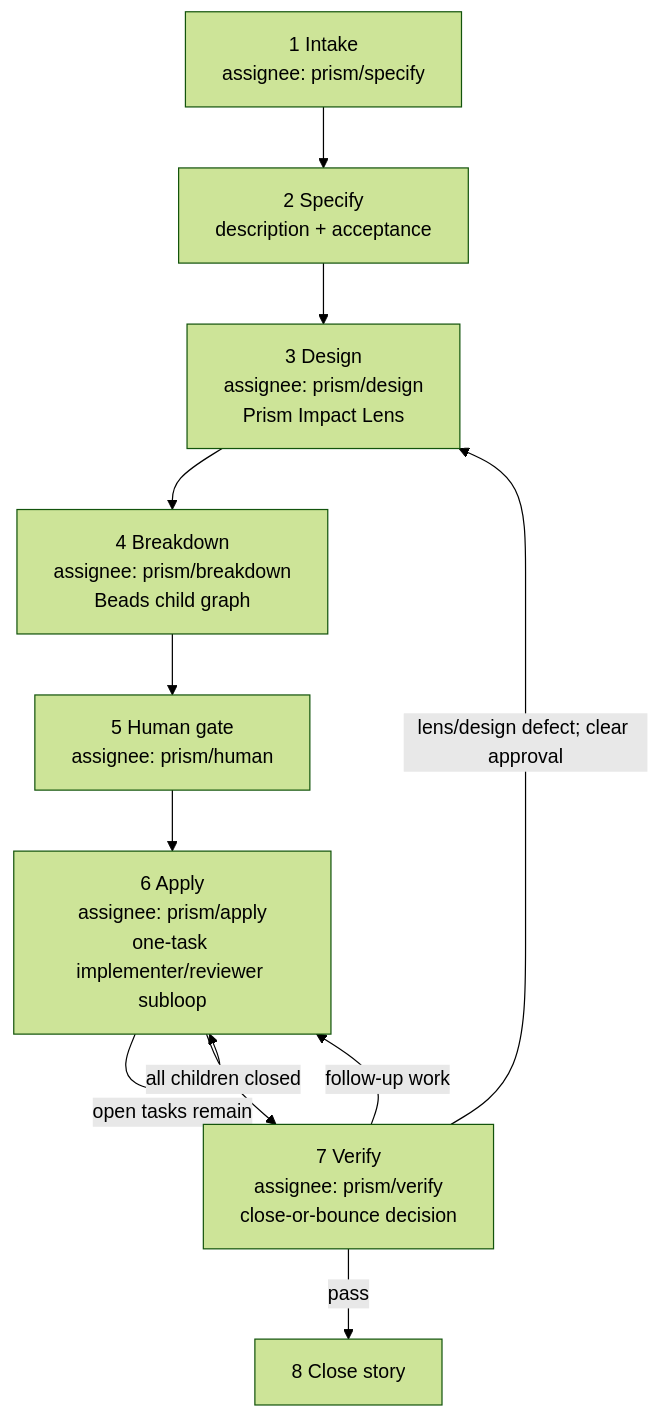
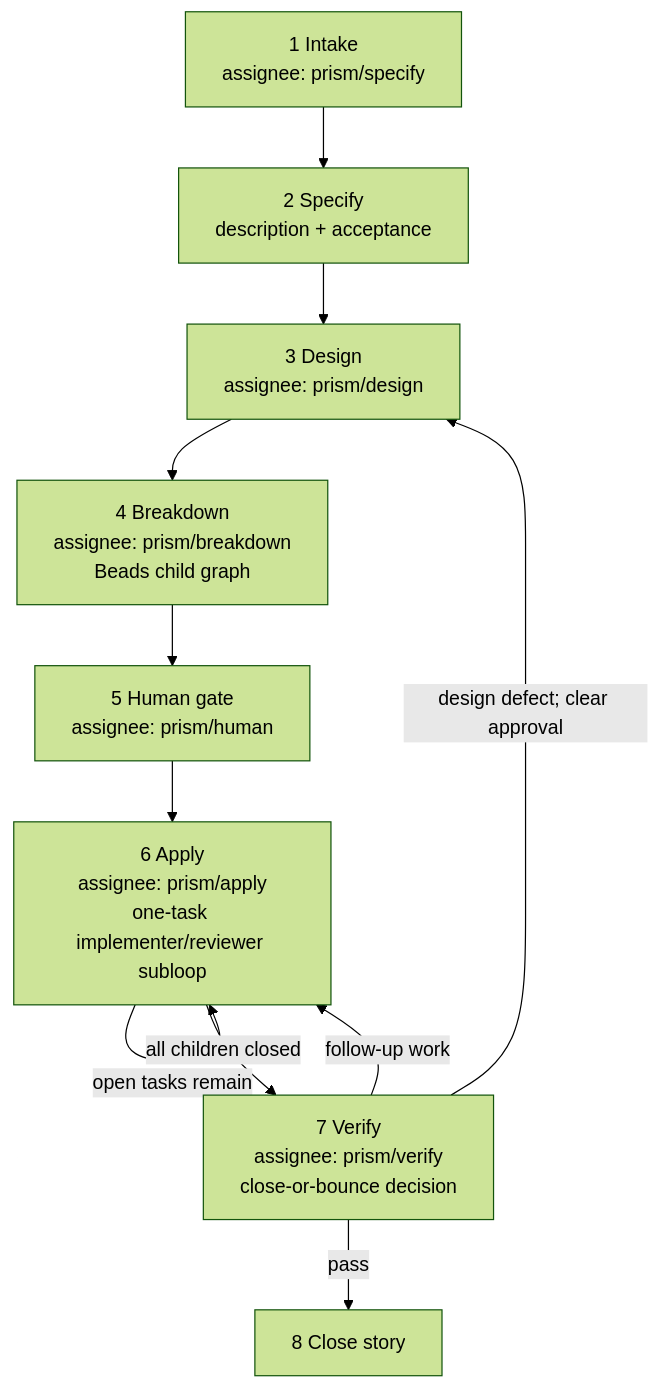
The diagram in plugins/prism/prefixed-skills/prism-lifecycle/references/lifecycle.md (baldaworks/prism), drawn with Mermaid (forest theme) before and after one commit. The commit also changed other lines of this file and 54 other files, not shown here.

````diff
--- a/plugins/prism/prefixed-skills/prism-lifecycle/references/lifecycle.md
+++ b/plugins/prism/prefixed-skills/prism-lifecycle/references/lifecycle.md
@@ -15,18 +15,18 @@
 ```mermaid
 flowchart TB
   I["1 Intake<br/>assignee: prism/specify"]
   S["2 Specify<br/>description + acceptance"]
-  D["3 Design<br/>assignee: prism/design<br/>Prism Impact Lens"]
+  D["3 Design<br/>assignee: prism/design"]
   B["4 Breakdown<br/>assignee: prism/breakdown<br/>Beads child graph"]
   H["5 Human gate<br/>assignee: prism/human"]
   A["6 Apply<br/>assignee: prism/apply<br/>one-task implementer/reviewer subloop"]
   V["7 Verify<br/>assignee: prism/verify<br/>close-or-bounce decision"]
   C["8 Close story"]
 
   I --> S --> D --> B --> H --> A
   A -->|"open tasks remain"| A
   A -->|"all children closed"| V
   V -->|"follow-up work"| A
-  V -->|"lens/design defect; clear approval"| D
+  V -->|"design defect; clear approval"| D
   V -->|"pass"| C
 ```
````
